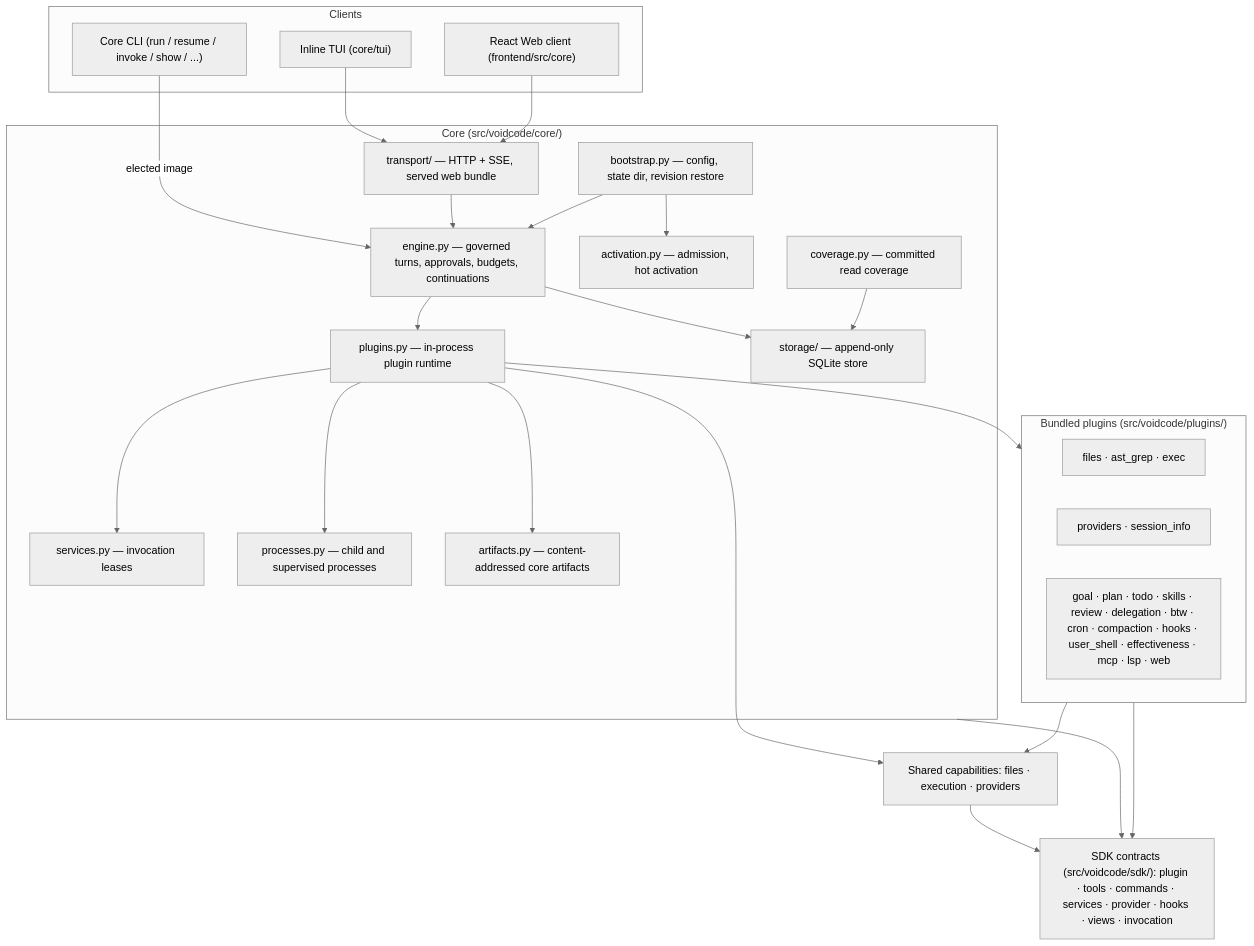
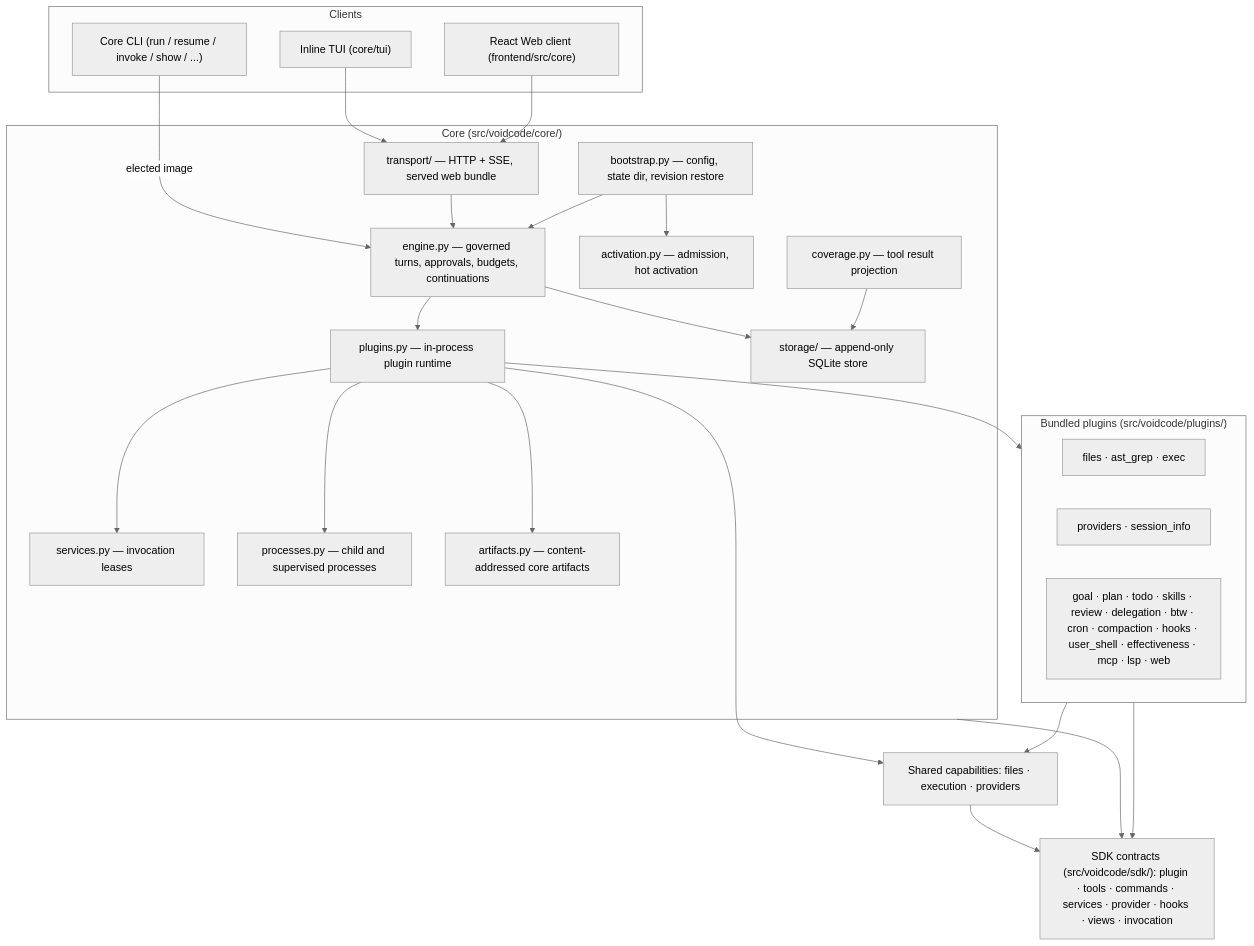
One commit to lei-jia-xing/voidcode changed the diagram in docs/architecture.md. Above: the diagram before and after it, drawn with Mermaid (neutral theme). The commit also changed other lines of this file and 20 other files, not shown here.

````diff
--- a/docs/architecture.md
+++ b/docs/architecture.md
@@ -24,48 +24,48 @@
 ```mermaid
 graph TD
     subgraph Clients["Clients"]
         CLI["Core CLI (run / resume / invoke / show / ...)"]
         TUI["Inline TUI (core/tui)"]
         Web["React Web client (frontend/src/core)"]
     end
 
     subgraph Core["Core (src/voidcode/core/)"]
         Engine["engine.py — governed turns, approvals, budgets, continuations"]
         Bootstrap["bootstrap.py — config, state dir, revision restore"]
         Activation["activation.py — admission, hot activation"]
         Runtime["plugins.py — in-process plugin runtime"]
         Services["services.py — invocation leases"]
         Processes["processes.py — child and supervised processes"]
         Storage["storage/ — append-only SQLite store"]
         Transport["transport/ — HTTP + SSE, served web bundle"]
         Artifacts["artifacts.py — content-addressed core artifacts"]
-        Coverage["coverage.py — committed read coverage"]
+        Coverage["coverage.py — tool result projection"]
     end
 
     subgraph Plugins["Bundled plugins (src/voidcode/plugins/)"]
         Files["files · ast_grep · exec"]
         Model["providers · session_info"]
         Product["goal · plan · todo · skills · review · delegation · btw · cron · compaction · hooks · user_shell · effectiveness · mcp · lsp · web"]
     end
 
     SDK["SDK contracts (src/voidcode/sdk/): plugin · tools · commands · services · provider · hooks · views · invocation"]
 
     CLI -->|elected image| Engine
     TUI --> Transport
     Web --> Transport
     Transport --> Engine
     Engine --> Runtime
     Engine --> Storage
     Bootstrap --> Activation
     Bootstrap --> Engine
     Coverage --> Storage
     Runtime --> Services
     Runtime --> Processes
     Runtime --> Artifacts
     Runtime --> Plugins
     Runtime --> Capabilities["Shared capabilities: files · execution · providers"]
     Plugins --> Capabilities
     Capabilities --> SDK
     Core --> SDK
     Plugins --> SDK
 ```
````
